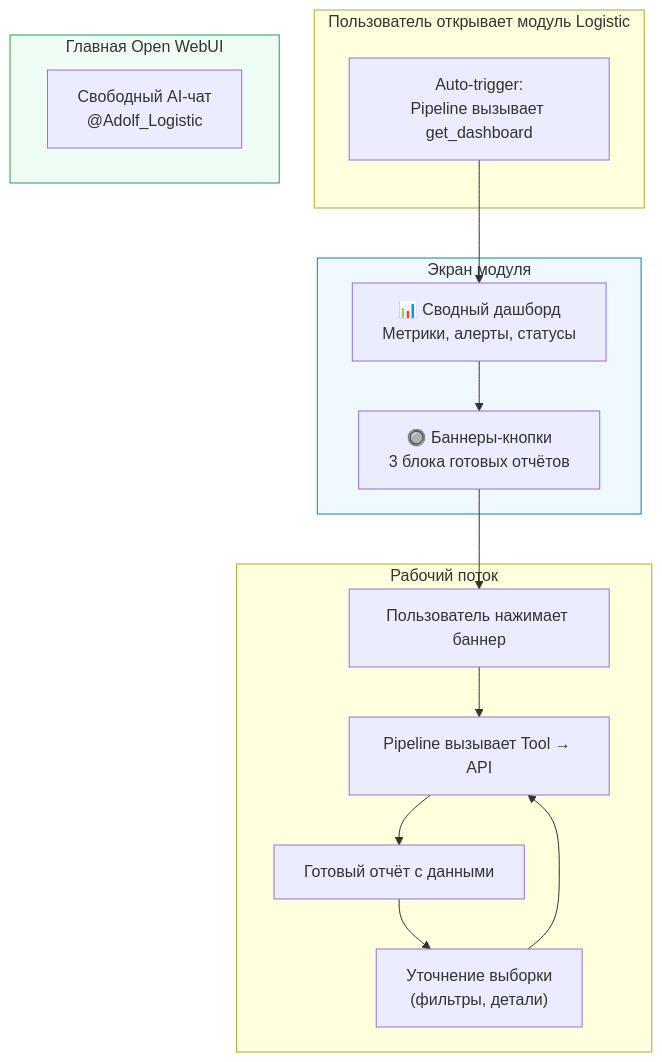
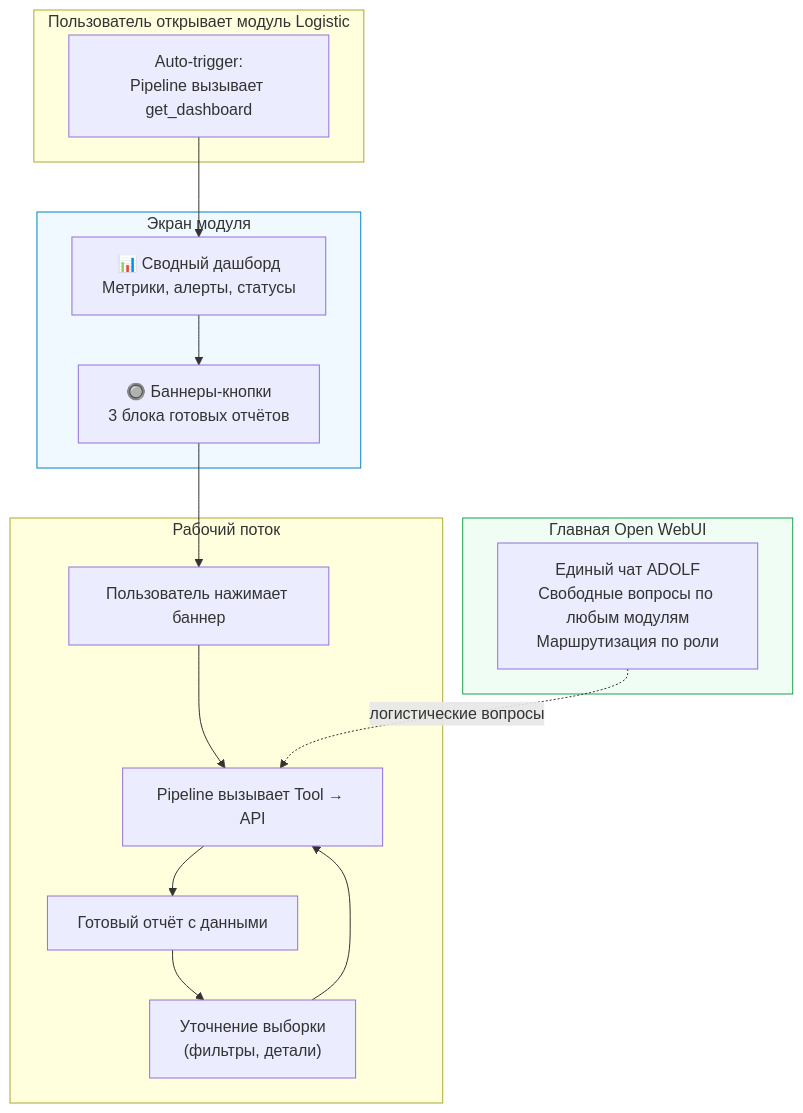
Before and after one commit to Sign25/Docs: the first of 3 diagrams in logistic/adolf_logistic_7_open_webui.md, drawn with Mermaid. The commit also changed other lines of this file, not shown here.

Commit message:
Fix: unified ADOLF chat instead of separate module chat

````diff
--- a/logistic/adolf_logistic_7_open_webui.md
+++ b/logistic/adolf_logistic_7_open_webui.md
@@ -24,30 +24,31 @@
 ```mermaid
 flowchart TD
     subgraph OPEN["Пользователь открывает модуль Logistic"]
         AUTO["Auto-trigger:<br/>Pipeline вызывает get_dashboard"]
     end
 
     subgraph DASHBOARD["Экран модуля"]
         METRICS["📊 Сводный дашборд<br/>Метрики, алерты, статусы"]
         BANNERS["🔘 Баннеры-кнопки<br/>3 блока готовых отчётов"]
     end
 
     subgraph FLOW["Рабочий поток"]
         SELECT["Пользователь нажимает баннер"]
         REPORT["Pipeline вызывает Tool → API"]
         RESULT["Готовый отчёт с данными"]
         REFINE["Уточнение выборки<br/>(фильтры, детали)"]
     end
 
-    subgraph CHAT["Главная Open WebUI"]
-        FREE_CHAT["Свободный AI-чат<br/>@Adolf_Logistic"]
+    subgraph UNIFIED["Главная Open WebUI"]
+        CHAT["Единый чат ADOLF<br/>Свободные вопросы по любым модулям<br/>Маршрутизация по роли"]
     end
 
     AUTO --> METRICS
     METRICS --> BANNERS
     BANNERS --> SELECT --> REPORT --> RESULT
     RESULT --> REFINE --> REPORT
+    CHAT -.->|логистические вопросы| REPORT
 
     style DASHBOARD fill:#f0f9ff,stroke:#0284c7
-    style CHAT fill:#f0fdf4,stroke:#16a34a
+    style UNIFIED fill:#f0fdf4,stroke:#16a34a
 ```
````
